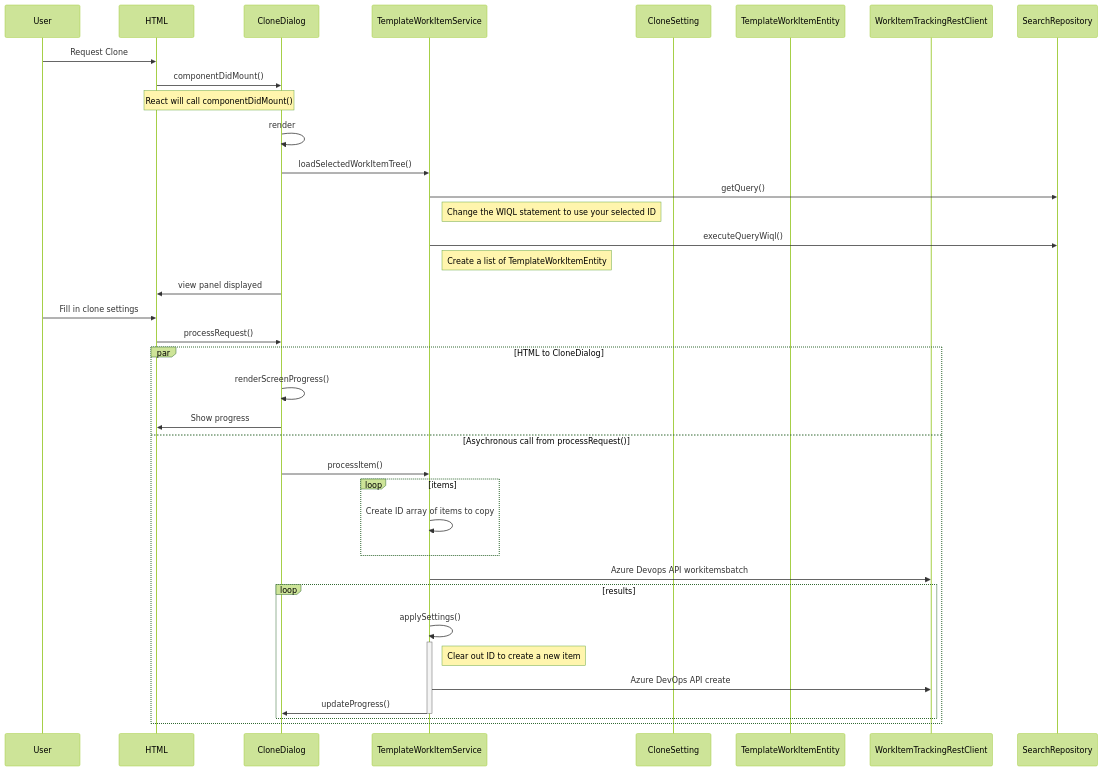
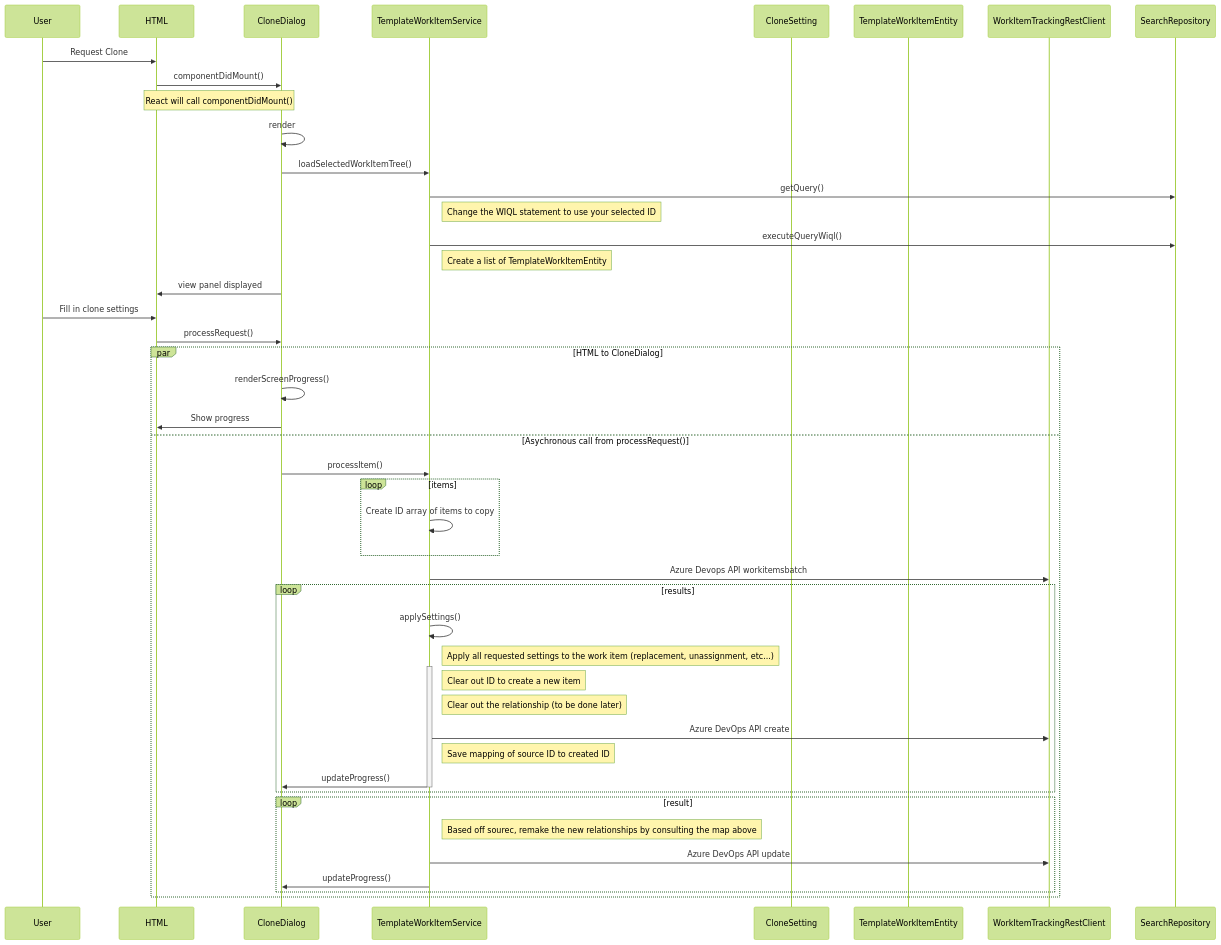
Before and after one commit to sara-sabr/rp-azuredevops-templater: the second of 2 diagrams in documentation/diagrams.md, drawn with Mermaid (forest theme).

````diff
--- a/documentation/diagrams.md
+++ b/documentation/diagrams.md
@@ -54,44 +54,51 @@
 ```mermaid
 sequenceDiagram
     participant User
     participant HTML
     participant CloneDialog
     participant TemplateWorkItemService
     participant CloneSetting
     participant TemplateWorkItemEntity
     participant WorkItemTrackingRestClient 
     participant SearchRepository
 
     User->>HTML: Request Clone
     HTML->>CloneDialog: componentDidMount()
     Note over HTML,CloneDialog: React will call componentDidMount()
     CloneDialog->>CloneDialog: render
     CloneDialog->>TemplateWorkItemService: loadSelectedWorkItemTree()
     TemplateWorkItemService->>SearchRepository: getQuery()
     Note right of TemplateWorkItemService: Change the WIQL statement to use your selected ID
     TemplateWorkItemService->>SearchRepository:executeQueryWiql() 
     Note right of TemplateWorkItemService: Create a list of TemplateWorkItemEntity    
     CloneDialog->>HTML: view panel displayed
     User->>HTML: Fill in clone settings
     HTML->>CloneDialog:processRequest()
     par HTML to CloneDialog
       CloneDialog->>CloneDialog: renderScreenProgress()
       CloneDialog->>HTML: Show progress    
     and Asychronous call from processRequest()
       CloneDialog->>TemplateWorkItemService: processItem()
         loop items
           TemplateWorkItemService->>TemplateWorkItemService: Create ID array of items to copy
         end
         TemplateWorkItemService->>WorkItemTrackingRestClient: Azure Devops API workitemsbatch
         loop results
           TemplateWorkItemService->>TemplateWorkItemService: applySettings()
+          Note right of TemplateWorkItemService: Apply all requested settings to the work item (replacement, unassignment, etc...)
           activate TemplateWorkItemService        
           Note right of TemplateWorkItemService: Clear out ID to create a new item
+          Note right of TemplateWorkItemService: Clear out the relationship (to be done later)
           TemplateWorkItemService->>WorkItemTrackingRestClient: Azure DevOps API create
+          Note right of TemplateWorkItemService: Save mapping of source ID to created ID
           TemplateWorkItemService->>CloneDialog: updateProgress()
           deactivate TemplateWorkItemService
         end
-      
+        loop result
+          Note right of TemplateWorkItemService: Based off sourec, remake the new relationships by consulting the map above
+          TemplateWorkItemService->>WorkItemTrackingRestClient: Azure DevOps API update
+          TemplateWorkItemService->>CloneDialog: updateProgress()
+        end                                
     end
     
 ```
````
